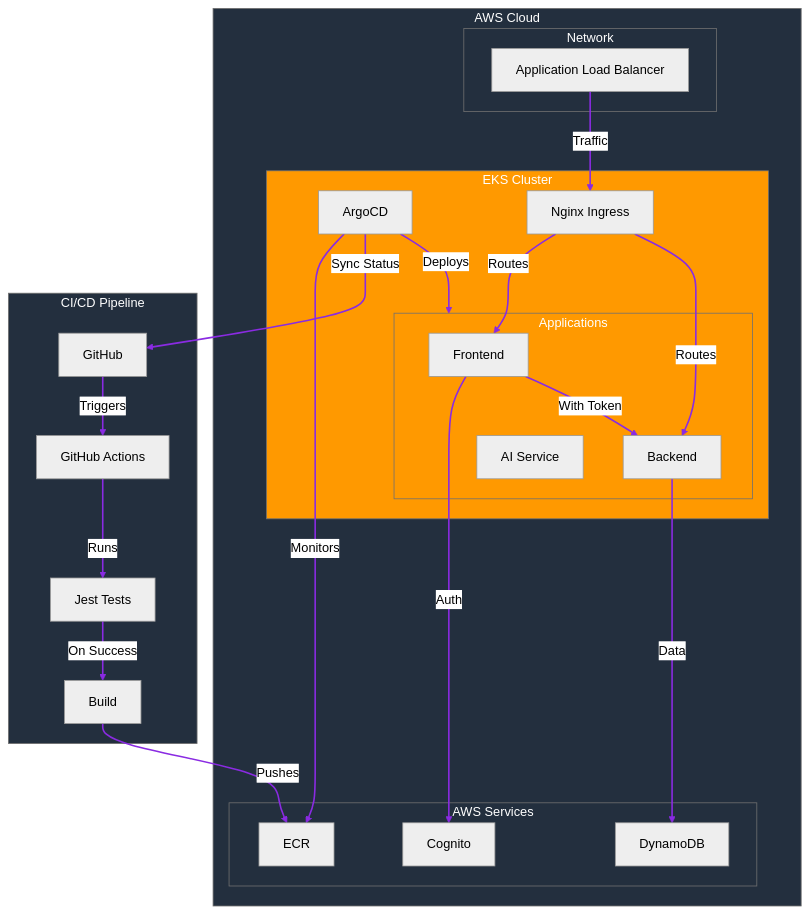
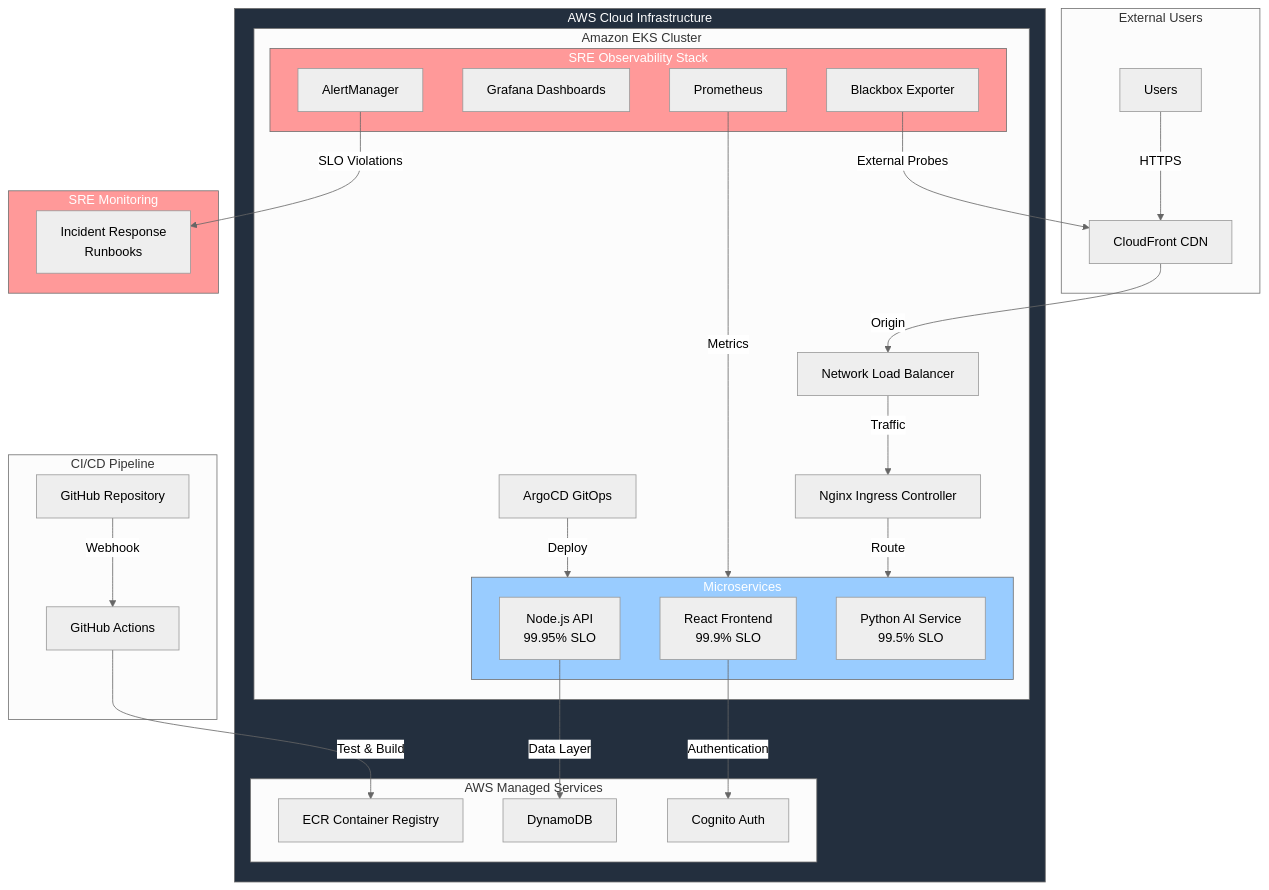
Before and after one commit to tsuki-yo/todo-table: the diagram in README.md, drawn with Mermaid (neutral theme). The commit also changed other lines of this file and 14 other files, not shown here.

````diff
--- a/README.md
+++ b/README.md
@@ -7,41 +34,56 @@
 ```mermaid
 graph TD
-    subgraph AWS["AWS Cloud"]
-        subgraph Network["Network"]; ALB["Application Load Balancer"]; end
-        subgraph EKS["EKS Cluster"]
-            ArgoCD["ArgoCD"]
-            Ingress["Nginx Ingress"]
-            subgraph Apps["Applications"]
-                Frontend["Frontend"]
-                Backend["Backend"]
-                AI["AI Service"]
+    subgraph External["External Users"]
+        Users["Users"] -->|HTTPS| CloudFront["CloudFront CDN"]
+    end
+    
+    subgraph AWS["AWS Cloud Infrastructure"]
+        CloudFront -->|Origin| NLB["Network Load Balancer"]
+        
+        subgraph EKS["Amazon EKS Cluster"]
+            NLB -->|Traffic| Ingress["Nginx Ingress Controller"]
+            
+            subgraph Monitoring["SRE Observability Stack"]
+                Prometheus["Prometheus"] 
+                Grafana["Grafana Dashboards"]
+                AlertManager["AlertManager"]
+                Blackbox["Blackbox Exporter"]
             end
+            
+            subgraph Applications["Microservices"]
+                Frontend["React Frontend<br/>99.9% SLO"]
+                Backend["Node.js API<br/>99.95% SLO"] 
+                AI["Python AI Service<br/>99.5% SLO"]
+            end
+            
+            ArgoCD["ArgoCD GitOps"]
         end
-        subgraph Services["AWS Services"]; ECR["ECR"]; DynamoDB["DynamoDB"]; Cognito["Cognito"]; end
+        
+        subgraph Services["AWS Managed Services"]
+            ECR["ECR Container Registry"]
+            DynamoDB["DynamoDB"]
+            Cognito["Cognito Auth"]
+        end
     end
-
-    subgraph CI["CI/CD Pipeline"]
-        GitHub["GitHub"] -->|Triggers| Actions["GitHub Actions"]
-        Actions -->|Runs| Tests["Jest Tests"]
-        Tests -->|On Success| Build["Build"]
-        Build -->|Pushes| ECR
+    
+    subgraph CICD["CI/CD Pipeline"]
+        GitHub["GitHub Repository"] -->|Webhook| Actions["GitHub Actions"]
+        Actions -->|Test & Build| ECR
+        ArgoCD -->|Deploy| Applications
     end
-
-    ArgoCD -->|Monitors| ECR
-    ArgoCD -->|Deploys| Apps
-    ArgoCD -->|Sync Status| GitHub
-
-    Backend -->|Data| DynamoDB
-    Frontend -->|Auth| Cognito
-    Frontend -->|With Token| Backend
-    ALB -->|Traffic| Ingress
-    Ingress -->|Routes| Frontend & Backend
-
+    
+    subgraph SRE["SRE Monitoring"]
+        Prometheus -->|Metrics| Applications
+        Blackbox -->|External Probes| CloudFront
+        AlertManager -->|SLO Violations| Runbooks["Incident Response<br/>Runbooks"]
+    end
+    
+    Backend -->|Data Layer| DynamoDB
+    Frontend -->|Authentication| Cognito
+    Ingress -->|Route| Applications
+    
+    style Monitoring fill:#ff9999,color:white
+    style SRE fill:#ff9999,color:white
+    style Applications fill:#99ccff,color:white
     style AWS fill:#232F3E,color:white
-    style Network fill:#232F3E,color:white
-    style EKS fill:#FF9900,color:white
-    style Apps fill:#FF9900,color:white
-    style Services fill:#232F3E,color:white
-    style CI fill:#232F3E,color:white
-    linkStyle default stroke:#8A2BE2,stroke-width:2px,color:black
 ```
````
